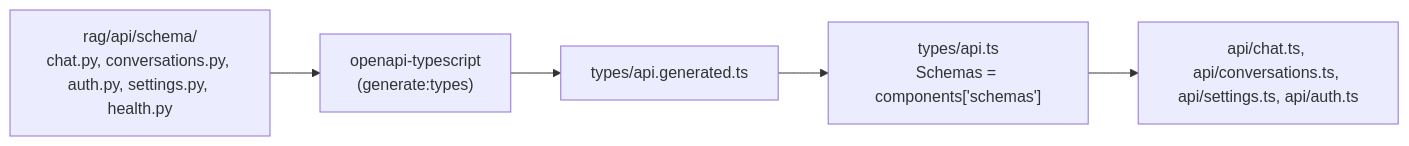
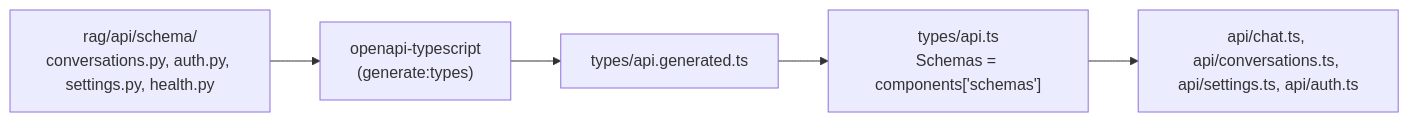
Before and after one commit to hadifar/rag: the fifth of 5 diagrams in docs/architecture.md, drawn with Mermaid. The commit also changed other lines of this file and 31 other files, not shown here.

Commit message:
refactor(api): split chat into create-conversation and send-message endpoints

````diff
--- a/docs/architecture.md
+++ b/docs/architecture.md
@@ -159,10 +159,10 @@
 ```mermaid
 graph LR
-    schema["rag/api/schema/<br/>chat.py, conversations.py, auth.py, settings.py, health.py"]
+    schema["rag/api/schema/<br/>conversations.py, auth.py, settings.py, health.py"]
     genscript["openapi-typescript<br/>(generate:types)"]
     generated[types/api.generated.ts]
     idx["types/api.ts<br/>Schemas = components['schemas']"]
     apiclient[api/chat.ts, api/conversations.ts, api/settings.ts, api/auth.ts]
 
     schema --> genscript --> generated --> idx --> apiclient
 ```
````
